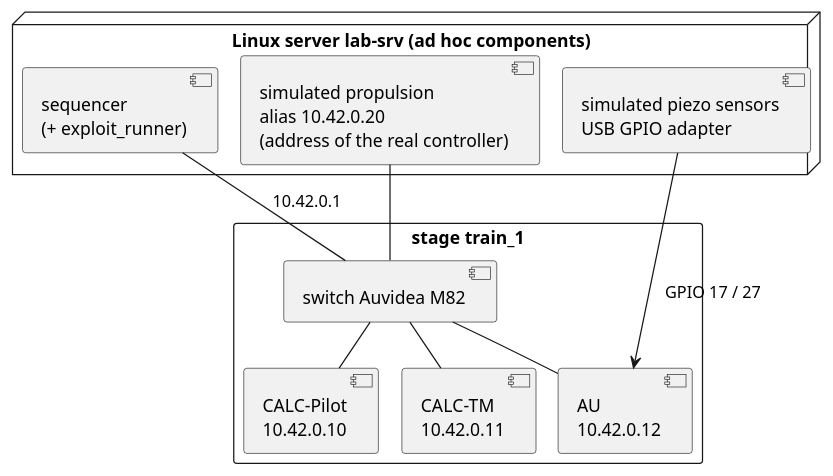
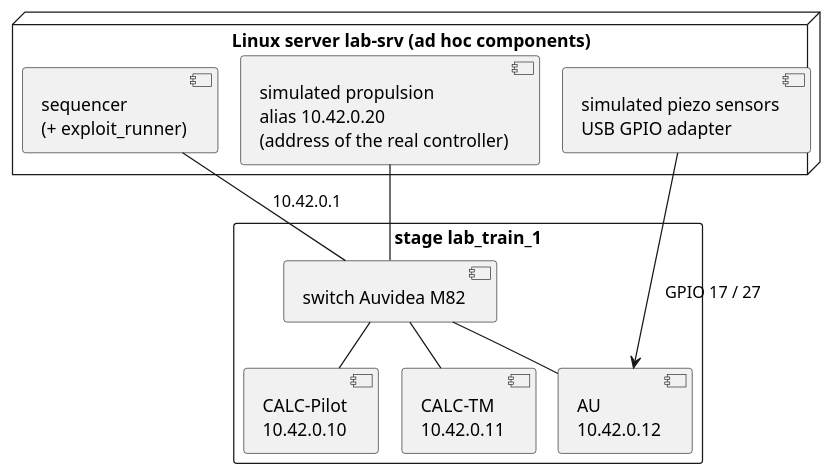
Before and after one commit to laurentmldev/testsuit: the diagram in docs/diagrams/toytrain_lab.puml, drawn with PlantUML. The commit also changed 20 other files, not shown here.

```diff
--- a/docs/diagrams/toytrain_lab.puml
+++ b/docs/diagrams/toytrain_lab.puml
@@ -1,25 +1,25 @@
 @startuml toytrain_lab
 !pragma layout smetana
 skinparam shadowing false
 skinparam defaultFontName Helvetica
 
 node "Linux server lab-srv (ad hoc components)" as srv {
   component "sequencer\n(+ exploit_runner)" as seq
   component "simulated propulsion\nalias 10.42.0.20\n(address of the real controller)" as prop
   component "simulated piezo sensors\nUSB GPIO adapter" as piezo
 }
 
-rectangle "stage train_1" as stage {
+rectangle "stage lab_train_1" as stage {
   component "switch Auvidea M82" as sw
   component "CALC-Pilot\n10.42.0.10" as pilot
   component "CALC-TM\n10.42.0.11" as tm
   component "AU\n10.42.0.12" as au
 }
 
 seq -- sw : 10.42.0.1
 prop -- sw
 sw -- pilot
 sw -- tm
 sw -- au
 piezo --> au : GPIO 17 / 27
 @enduml
```
